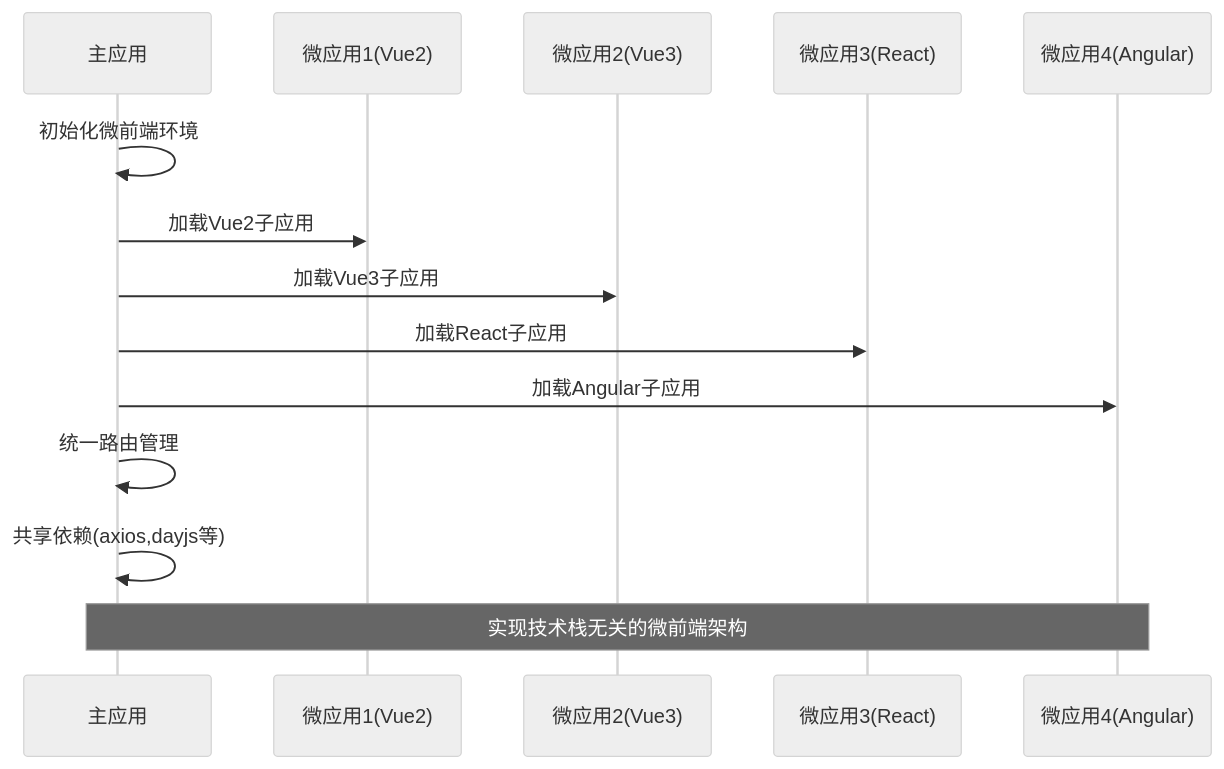
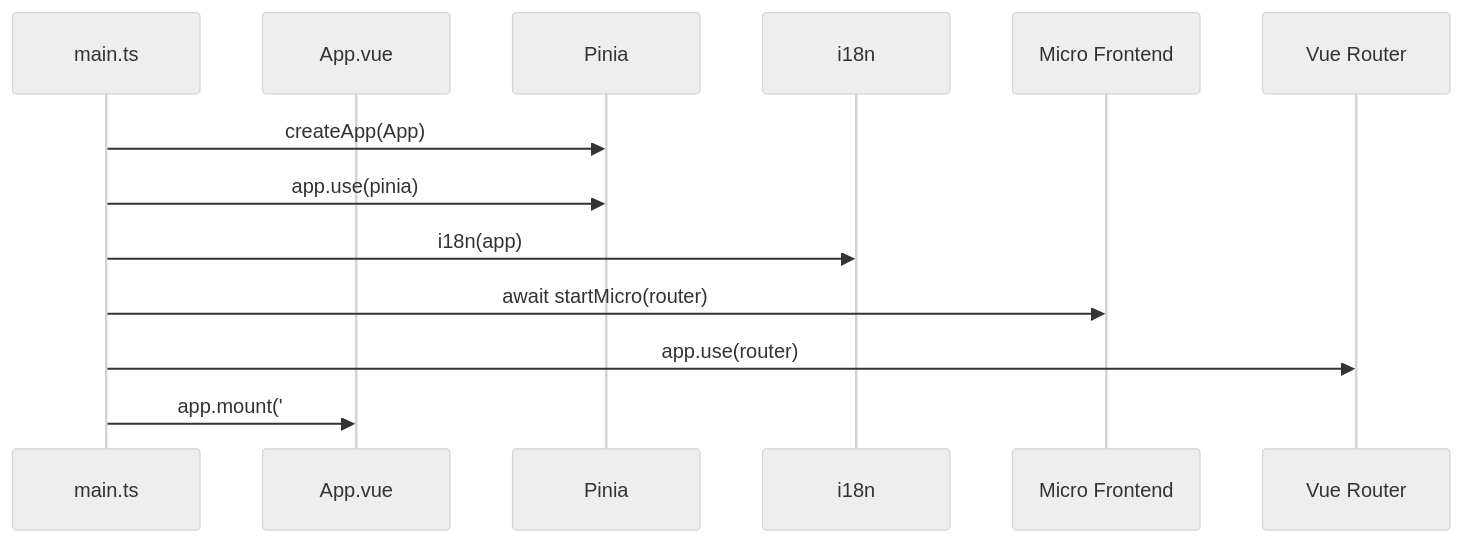
One commit to keenleeme/vue-project-template changed the second of 5 diagrams in .qoder/repowiki/zh/content/项目概述.md. Above: the diagram before and after it, drawn with Mermaid (neutral theme). The commit also changed other lines of this file and 117 other files, not shown here.

````diff
--- a/.qoder/repowiki/zh/content/项目概述.md
+++ b/.qoder/repowiki/zh/content/项目概述.md
@@ -157,16 +101,15 @@
 ```mermaid
 sequenceDiagram
-participant 主应用 as 主应用
-participant 微应用1 as 微应用1(Vue2)
-participant 微应用2 as 微应用2(Vue3)
-participant 微应用3 as 微应用3(React)
-participant 微应用4 as 微应用4(Angular)
-主应用->>主应用 : 初始化微前端环境
-主应用->>微应用1 : 加载Vue2子应用
-主应用->>微应用2 : 加载Vue3子应用
-主应用->>微应用3 : 加载React子应用
-主应用->>微应用4 : 加载Angular子应用
-主应用->>主应用 : 统一路由管理
-主应用->>主应用 : 共享依赖(axios,dayjs等)
-Note over 主应用,微应用4 : 实现技术栈无关的微前端架构
+participant Main as main.ts
+participant App as App.vue
+participant Pinia as Pinia
+participant I18n as i18n
+participant Micro as Micro Frontend
+participant Router as Vue Router
+Main->>Pinia : createApp(App)
+Main->>Pinia : app.use(pinia)
+Main->>I18n : i18n(app)
+Main->>Micro : await startMicro(router)
+Main->>Router : app.use(router)
+Main->>App : app.mount('#app')
 ```
````
